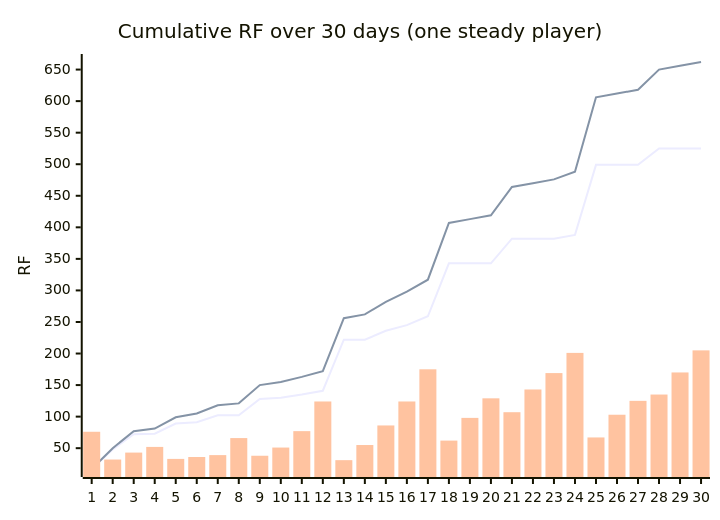
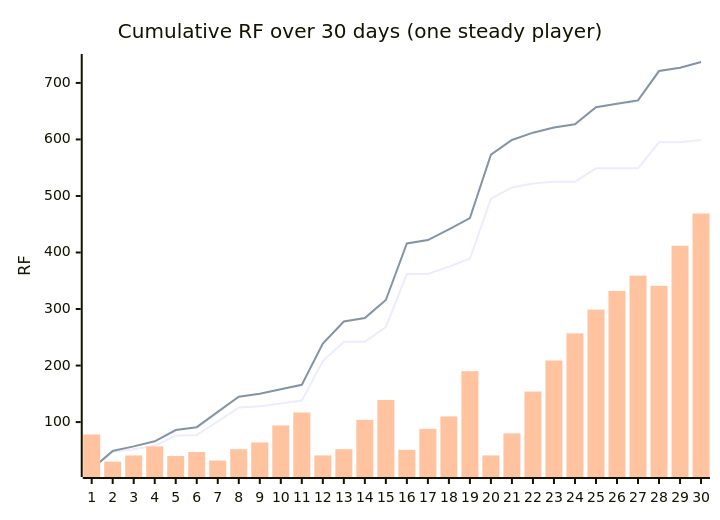
Before and after one commit to bbczzzs/lemon-island: the diagram in ECONOMY.md, drawn with Mermaid. The commit also changed other lines of this file and 25 other files, not shown here.

````diff
--- a/ECONOMY.md
+++ b/ECONOMY.md
@@ -36,9 +36,9 @@
 ```mermaid
 xychart-beta
   title "Cumulative RF over 30 days (one steady player)"
   x-axis [1, 2, 3, 4, 5, 6, 7, 8, 9, 10, 11, 12, 13, 14, 15, 16, 17, 18, 19, 20, 21, 22, 23, 24, 25, 26, 27, 28, 29, 30]
   y-axis "RF"
-  line [17, 48, 72, 73, 89, 91, 102, 102, 128, 130, 135, 141, 222, 222, 236, 245, 259, 343, 343, 343, 382, 382, 382, 388, 499, 499, 499, 525, 525, 525]
-  line [17, 50, 77, 81, 99, 105, 118, 121, 150, 155, 163, 172, 256, 262, 282, 298, 317, 407, 413, 419, 464, 470, 476, 488, 606, 612, 618, 650, 656, 662]
-  bar [76, 32, 43, 52, 33, 36, 39, 66, 38, 51, 77, 124, 31, 55, 86, 124, 175, 62, 98, 129, 107, 143, 169, 201, 67, 103, 125, 135, 170, 205]
+  line [17, 47, 52, 58, 76, 77, 101, 126, 128, 133, 138, 208, 242, 242, 268, 362, 362, 375, 389, 495, 515, 522, 525, 525, 549, 549, 549, 595, 595, 599]
+  line [17, 49, 57, 66, 86, 91, 118, 145, 150, 158, 166, 239, 278, 284, 316, 416, 422, 441, 461, 573, 599, 612, 621, 627, 657, 663, 669, 721, 727, 737]
+  bar [78, 30, 41, 57, 40, 47, 32, 52, 64, 94, 117, 41, 52, 104, 139, 51, 88, 110, 190, 41, 80, 154, 209, 257, 299, 332, 359, 341, 412, 469]
 ```
````
